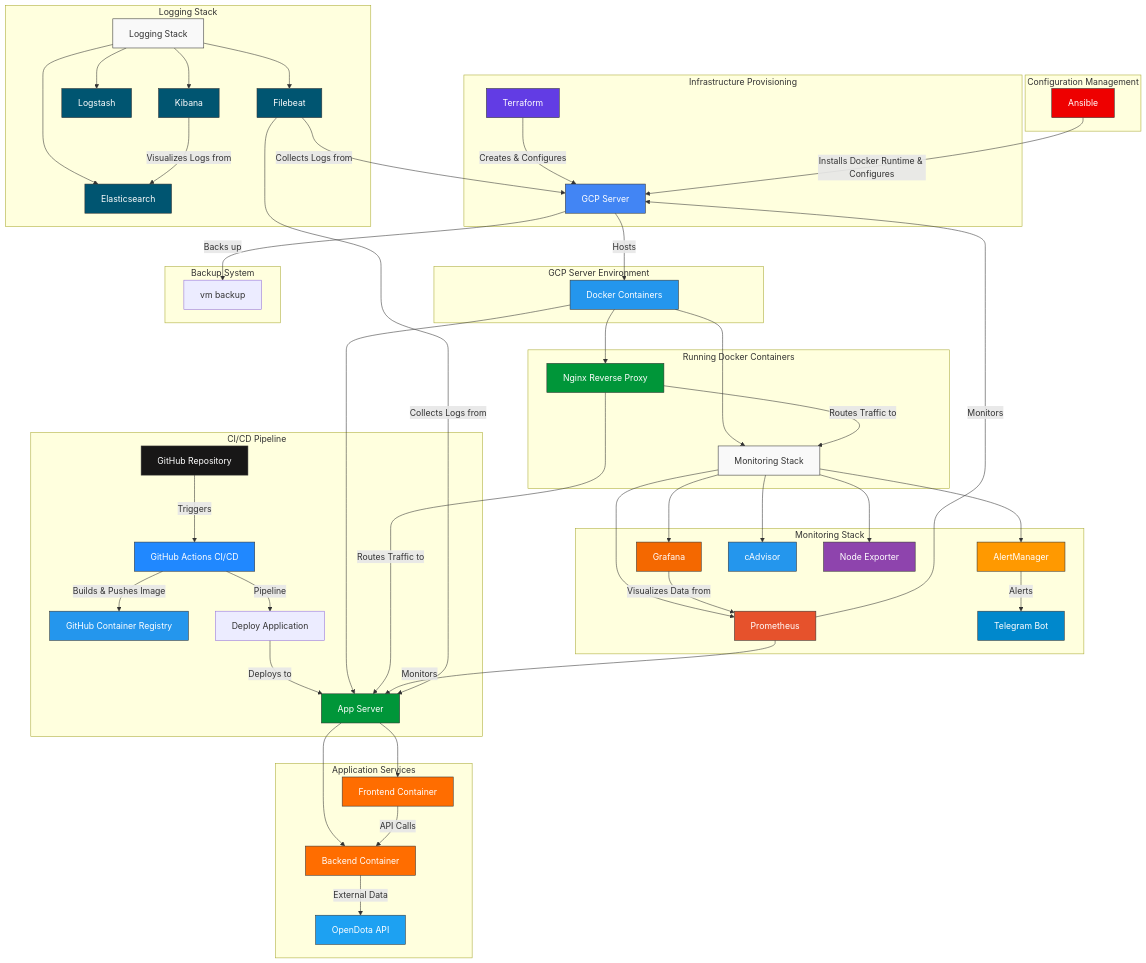
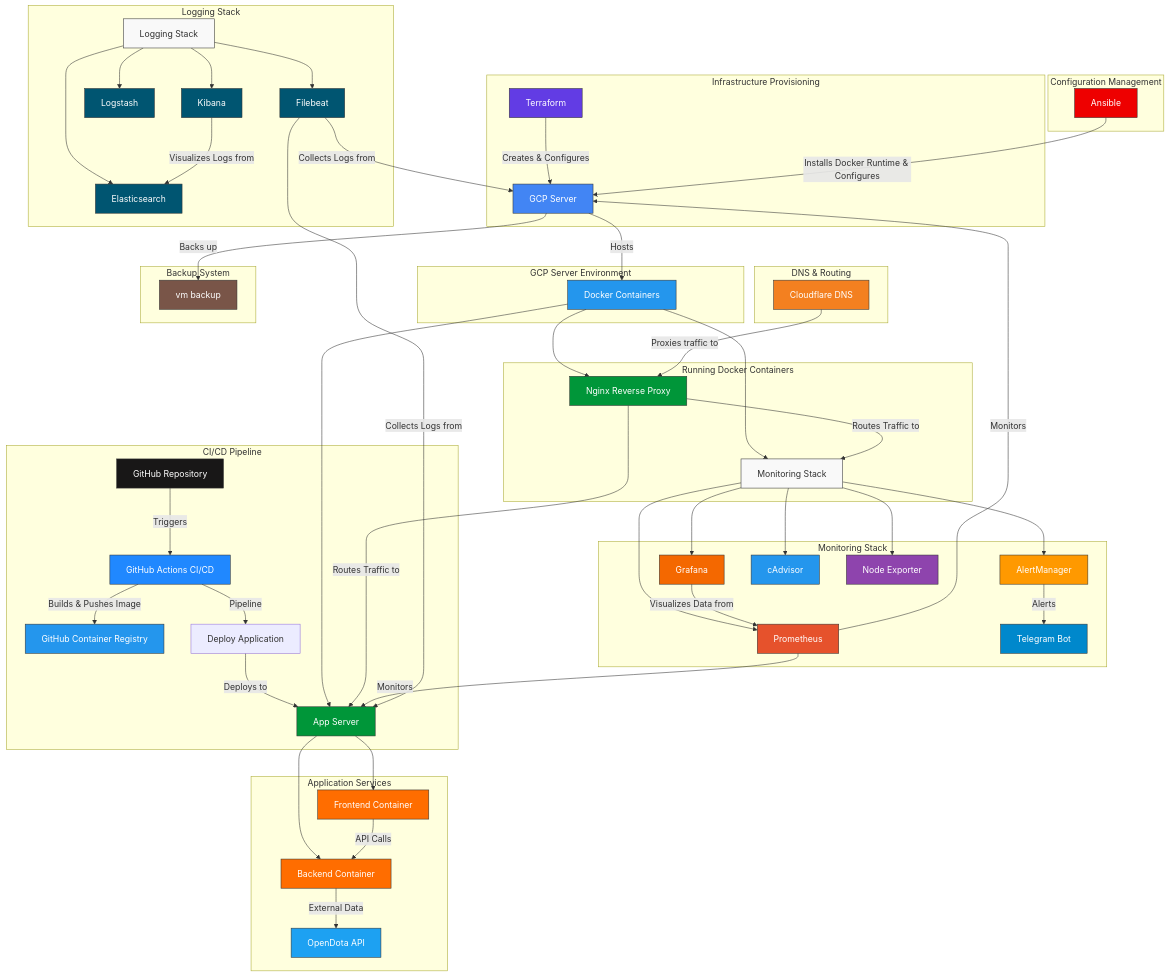
Before and after one commit to svdbel/GameStats-Hub: the diagram in README.md, drawn with Mermaid.

````diff
--- a/README.md
+++ b/README.md
@@ -37,6 +37,10 @@
         DockerContainers --> NginxProxy[Nginx Reverse Proxy]
         DockerContainers --> MonitoringStack[Monitoring Stack]
         DockerContainers --> AppServer
+    end
+
+    subgraph "DNS & Routing"
+        Cloudflare[Cloudflare DNS] -- "Proxies traffic to" --> NginxProxy
         NginxProxy -- "Routes Traffic to" --> AppServer
         NginxProxy -- "Routes Traffic to" --> MonitoringStack
     end
@@ -99,4 +103,6 @@
     style Logstash fill:#005571,stroke:#333,stroke-width:1px,color:#fff
     style Filebeat fill:#005571,stroke:#333,stroke-width:1px,color:#fff
     style TelegramBot fill:#0088CC,stroke:#333,stroke-width:1px,color:#fff
+    style Cloudflare fill:#F38020,stroke:#333,stroke-width:1px,color:#fff
+    style VM fill:#795548,stroke:#333,stroke-width:1px,color:#fff
 ```
````
